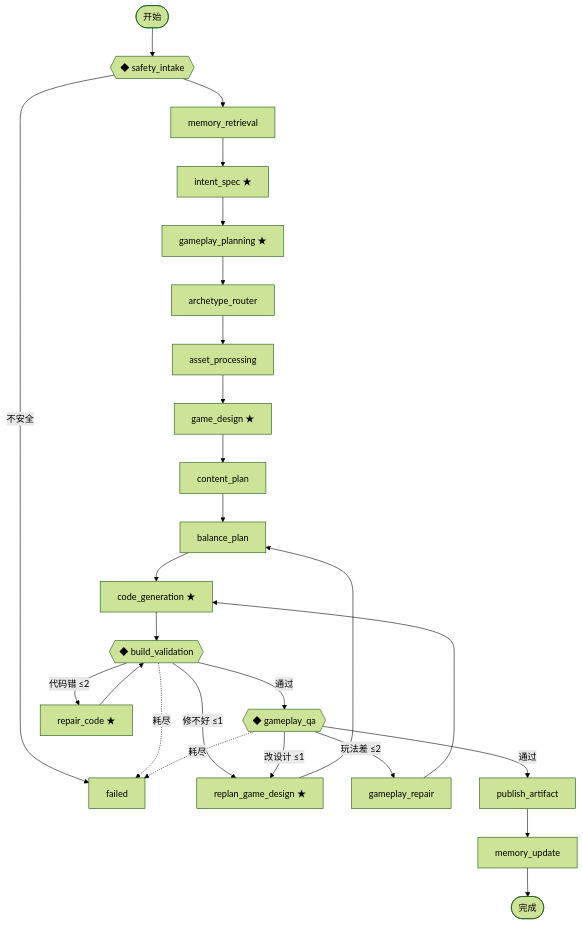
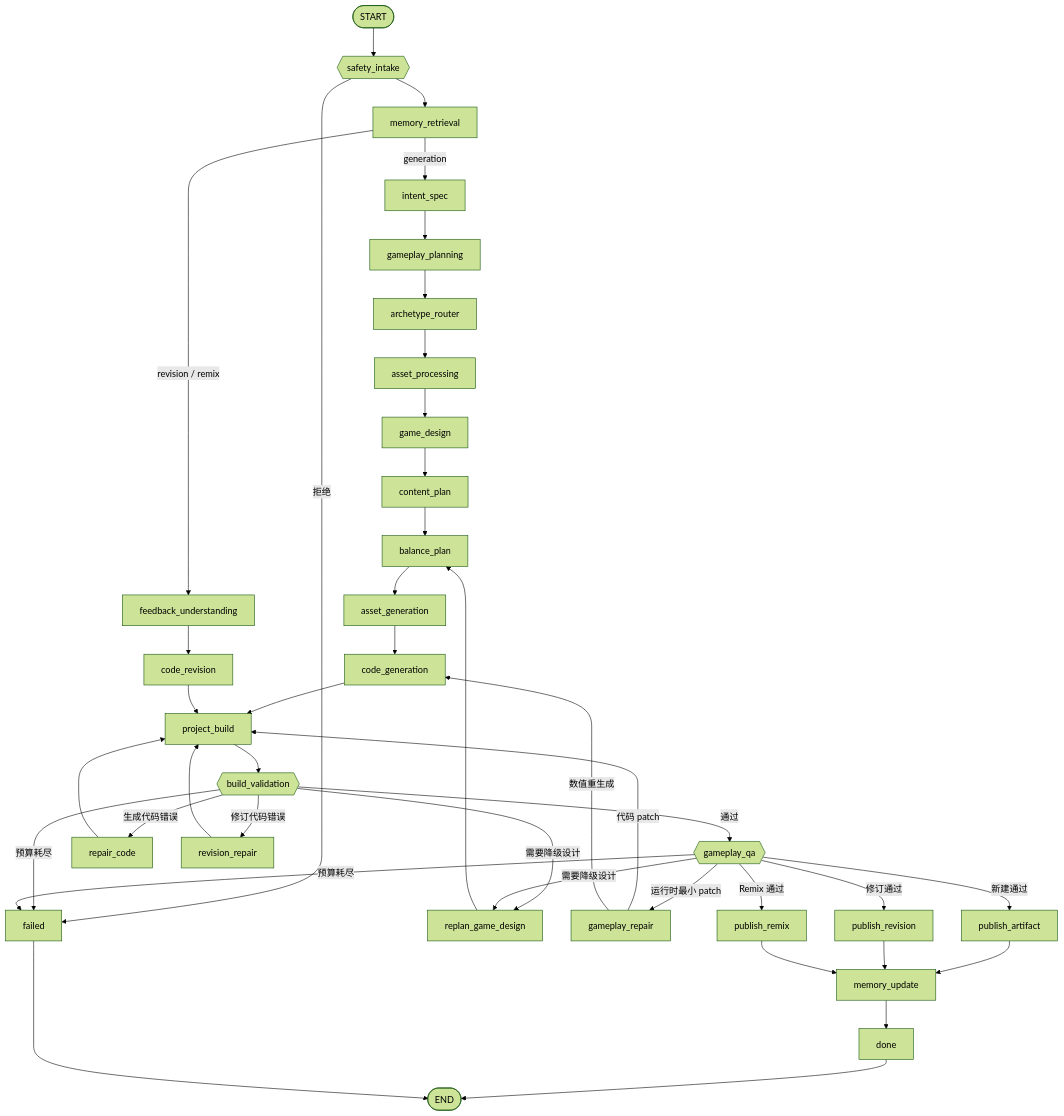
The third of 5 diagrams in docs/系统架构.md (charlie11sun-netizen/yahaha), drawn with Mermaid (forest theme) before and after one commit. The commit also changed other lines of this file and 67 other files, not shown here.

````diff
--- a/docs/系统架构.md
+++ b/docs/系统架构.md
@@ -138,28 +181,48 @@
 ```mermaid
 flowchart TB
-    START(["开始"]) --> safety{{"◆ safety_intake"}}
-    safety -->|"不安全"| failed["failed"]
+    START(["START"]) --> safety{{"safety_intake"}}
+    safety -->|"拒绝"| failed["failed"]
     safety --> memory["memory_retrieval"]
-    memory --> intent["intent_spec ★"]
-    intent --> planning["gameplay_planning ★"]
-    planning --> arch["archetype_router"]
-    arch --> asset["asset_processing"]
-    asset --> design["game_design ★"]
+
+    memory -->|"generation"| intent["intent_spec"]
+    intent --> planning["gameplay_planning"]
+    planning --> archetype["archetype_router"]
+    archetype --> assetProcess["asset_processing"]
+    assetProcess --> design["game_design"]
     design --> content["content_plan"]
     content --> balance["balance_plan"]
-    balance --> code["code_generation ★"]
-    code --> build{{"◆ build_validation"}}
-    build -->|"通过"| qa{{"◆ gameplay_qa"}}
-    build -->|"代码错 ≤2"| repair["repair_code ★"]
-    repair --> build
-    build -->|"修不好 ≤1"| replan["replan_game_design ★"]
-    qa -->|"玩法差 ≤2"| gprepair["gameplay_repair"]
-    gprepair --> code
-    qa -->|"改设计 ≤1"| replan
+    balance --> assetGen["asset_generation"]
+    assetGen --> code["code_generation"]
+
+    memory -->|"revision / remix"| understand["feedback_understanding"]
+    understand --> revise["code_revision"]
+
+    code --> projectBuild["project_build"]
+    revise --> projectBuild
+    projectBuild --> validate{{"build_validation"}}
+
+    validate -->|"通过"| qa{{"gameplay_qa"}}
+    validate -->|"生成代码错误"| repair["repair_code"]
+    repair --> projectBuild
+    validate -->|"修订代码错误"| revisionRepair["revision_repair"]
+    revisionRepair --> projectBuild
+    validate -->|"需要降级设计"| replan["replan_game_design"]
     replan --> balance
-    qa -->|"通过"| publish["publish_artifact"]
-    publish --> memupdate["memory_update"]
-    memupdate --> done(["完成"])
-    build -. 耗尽 .-> failed
-    qa -. 耗尽 .-> failed
+    validate -->|"预算耗尽"| failed
+
+    qa -->|"运行时最小 patch"| gameplayRepair["gameplay_repair"]
+    gameplayRepair -->|"代码 patch"| projectBuild
+    gameplayRepair -->|"数值重生成"| code
+    qa -->|"需要降级设计"| replan
+    qa -->|"新建通过"| publish["publish_artifact"]
+    qa -->|"修订通过"| publishRevision["publish_revision"]
+    qa -->|"Remix 通过"| publishRemix["publish_remix"]
+    qa -->|"预算耗尽"| failed
+
+    publish --> memoryUpdate["memory_update"]
+    publishRevision --> memoryUpdate
+    publishRemix --> memoryUpdate
+    memoryUpdate --> done["done"]
+    done --> END(["END"])
+    failed --> END
 ```
````
